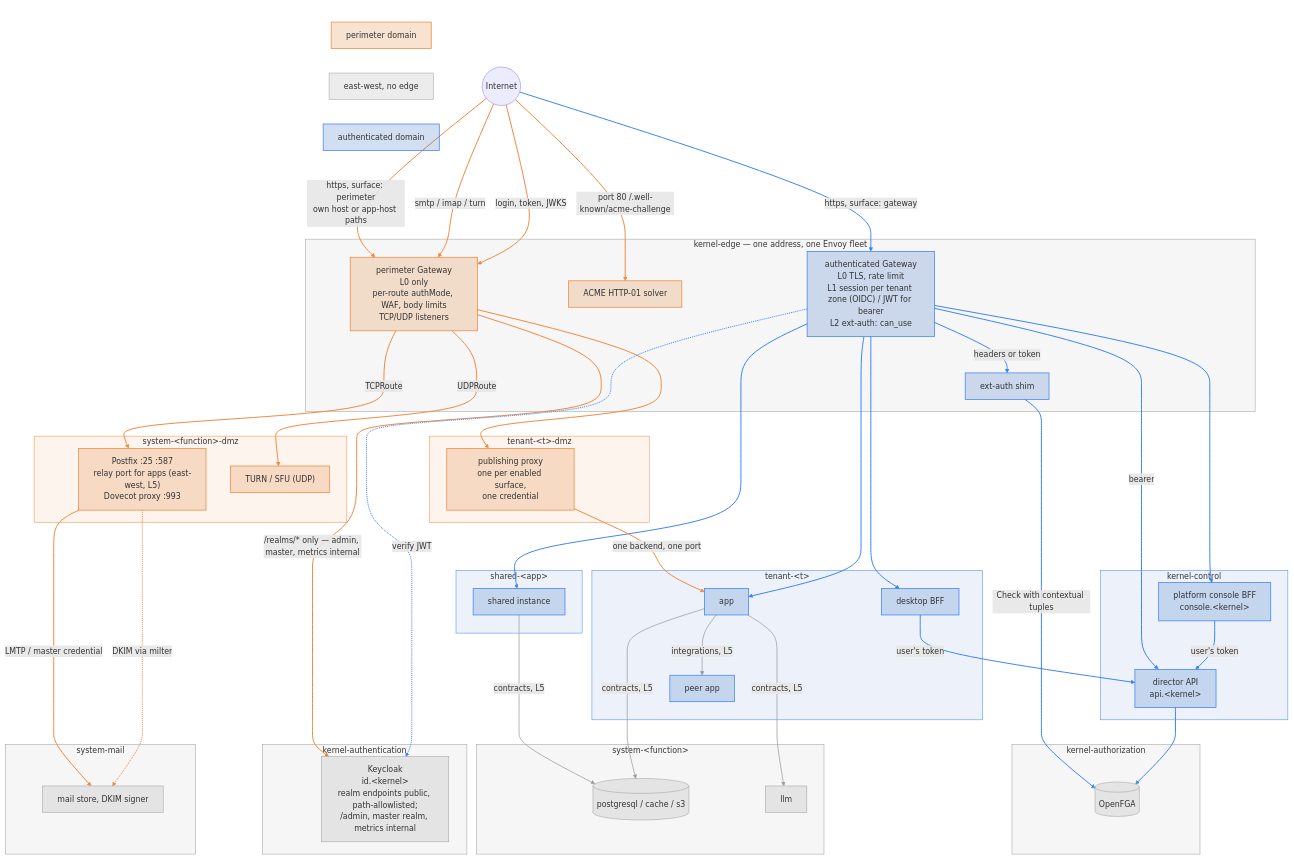
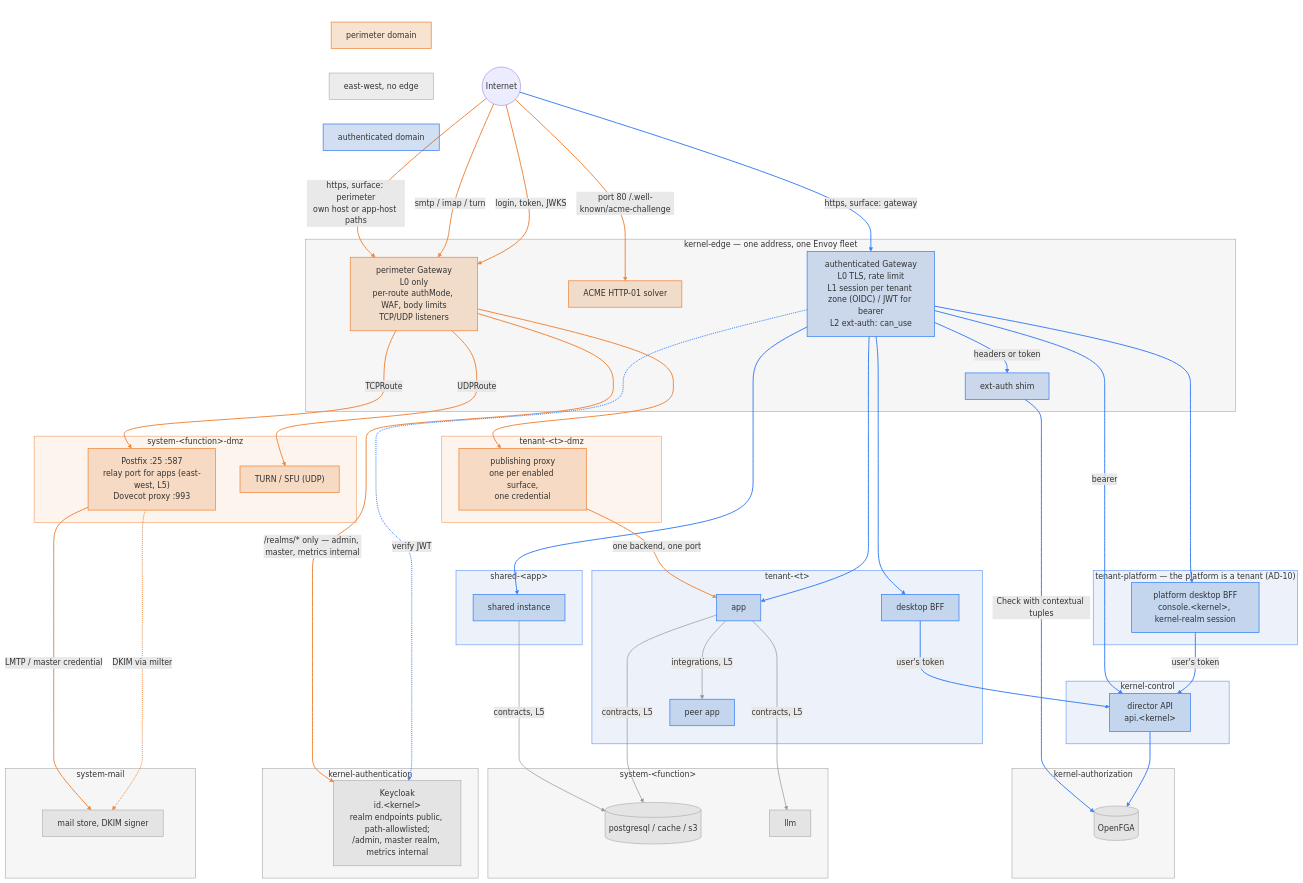
The diagram in docs/plans/networking.md (gentian-org/gentian-os), drawn with Mermaid before and after one commit. The commit also changed other lines of this file and 9 other files, not shown here.

```diff
--- a/docs/plans/networking.md
+++ b/docs/plans/networking.md
@@ -68,8 +68,11 @@
     end
 
     subgraph KCTL["kernel-control"]
-        CON["platform console BFF<br/>console.&lt;kernel&gt;"]
         DIR["director API<br/>api.&lt;kernel&gt;"]
+    end
+
+    subgraph TPLAT["tenant-platform — the platform is a tenant (AD-10)"]
+        CON["platform desktop BFF<br/>console.&lt;kernel&gt;, kernel-realm session"]
     end
 
     subgraph SHR["shared-&lt;app&gt;"]
@@ -174,6 +177,7 @@
     style TEN fill:#1f5fbf14,stroke:#3b82f6
     style SHR fill:#1f5fbf14,stroke:#3b82f6
     style KCTL fill:#1f5fbf14,stroke:#3b82f6
+    style TPLAT fill:#1f5fbf14,stroke:#3b82f6
     style TDMZ fill:#d9731a14,stroke:#f0883e
     style SDMZ fill:#d9731a14,stroke:#f0883e
     style EDGE fill:#80808012,stroke:#9a9a9a
```
